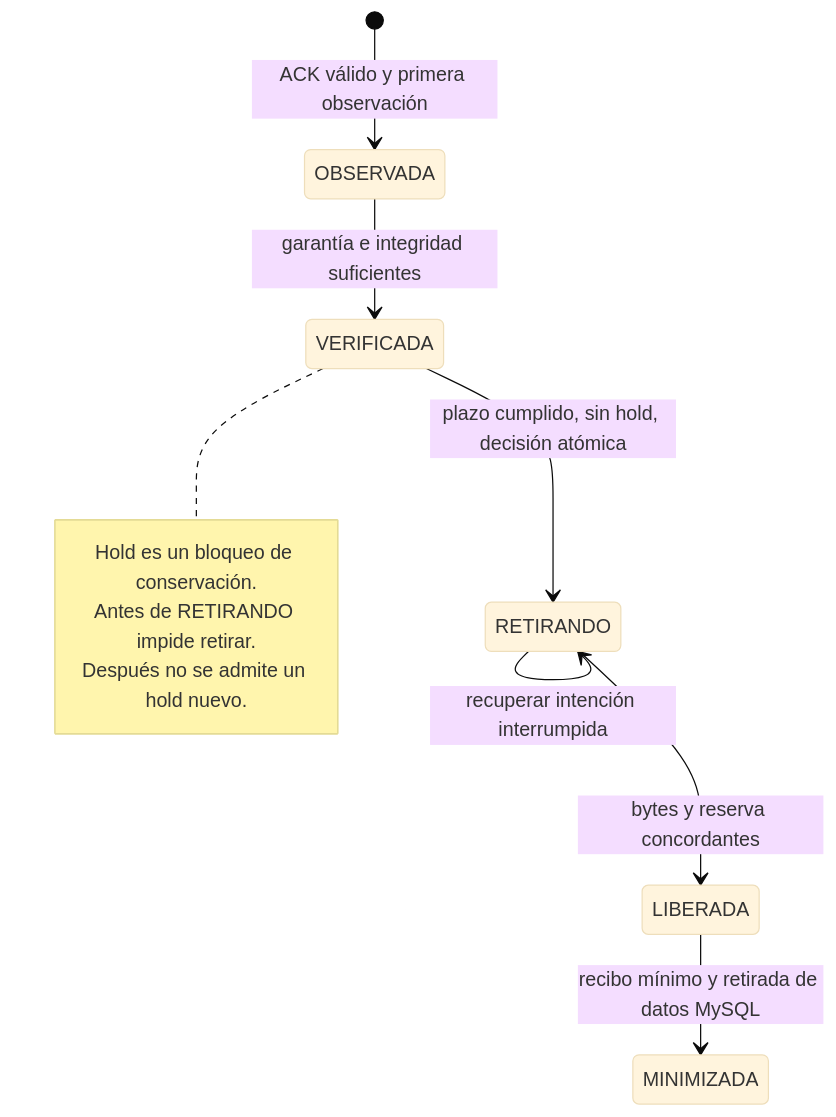
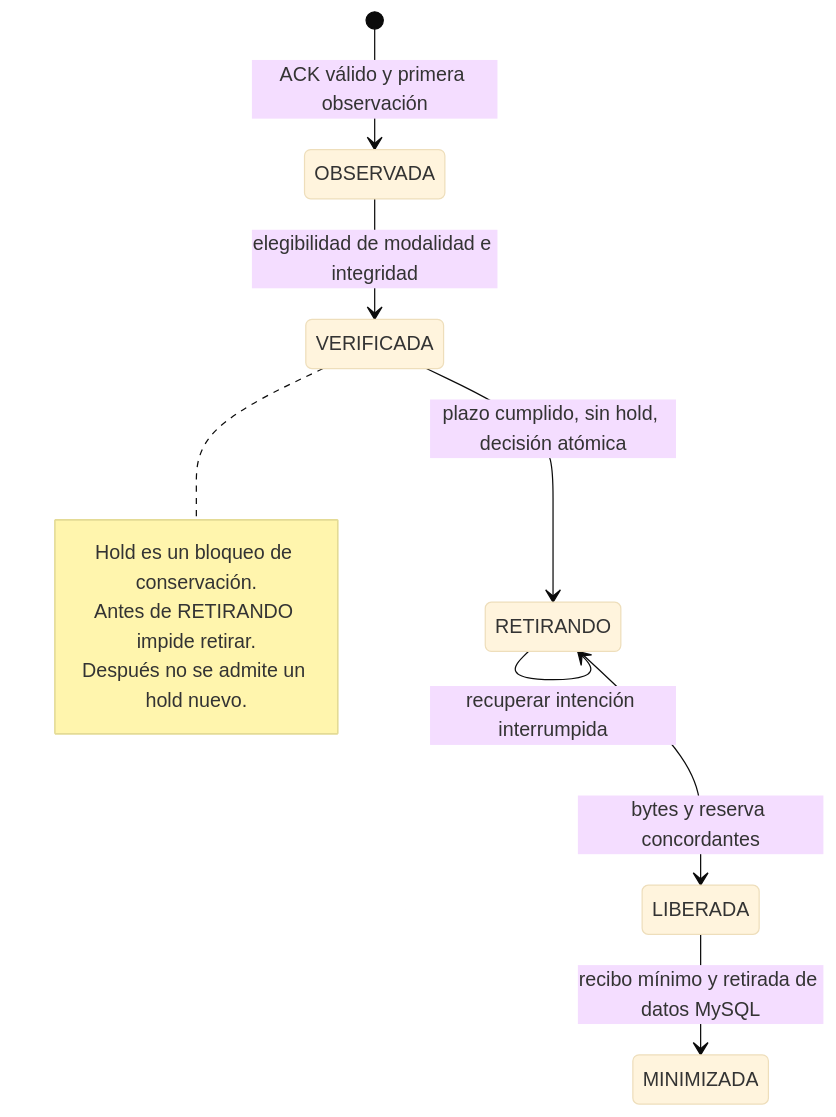
The fourth of 4 diagrams in README.md (chashmdai/formulario-web), drawn with Mermaid (base theme) before and after one commit. The commit also changed other lines of this file and 8 other files, not shown here.

````diff
--- a/README.md
+++ b/README.md
@@ -138,14 +144,14 @@
 ```mermaid
 stateDiagram-v2
   [*] --> OBSERVADA: ACK válido y primera observación
-  OBSERVADA --> VERIFICADA: garantía e integridad suficientes
+  OBSERVADA --> VERIFICADA: elegibilidad de modalidad e integridad
   VERIFICADA --> RETIRANDO: plazo cumplido, sin hold, decisión atómica
   RETIRANDO --> RETIRANDO: recuperar intención interrumpida
   RETIRANDO --> LIBERADA: bytes y reserva concordantes
   LIBERADA --> MINIMIZADA: recibo mínimo y retirada de datos MySQL
   note right of VERIFICADA
     Hold es un bloqueo de conservación.
     Antes de RETIRANDO impide retirar.
     Después no se admite un hold nuevo.
   end note
 ```
````
